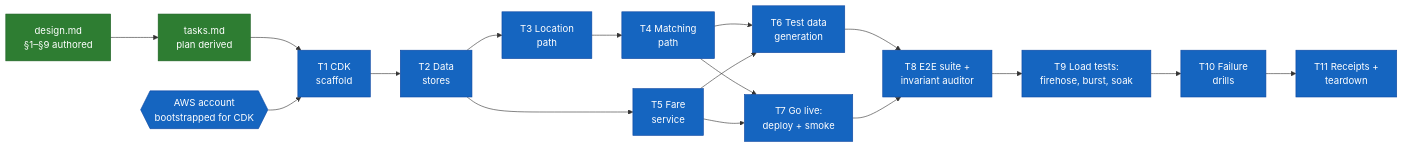
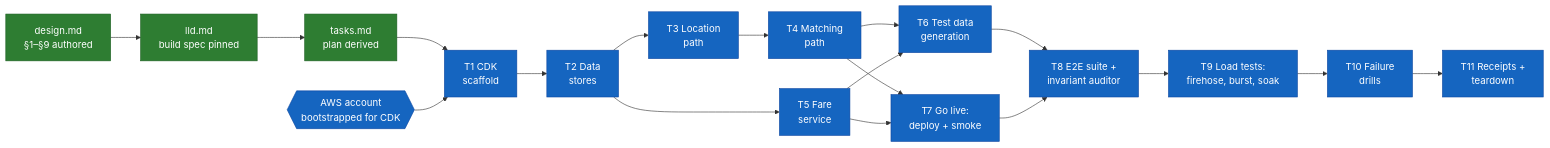
One commit to quannh0308/SystemDesignDeepDives changed the diagram in uber-like-rides/ledger.md. Above: the diagram before and after it, drawn with Mermaid. The commit also changed other lines of this file and 4 other files, not shown here.

First line of the commit message:
Add lld.md: the buildable spec bridging design.md to tasks.md

````diff
--- a/uber-like-rides/ledger.md
+++ b/uber-like-rides/ledger.md
@@ -8,37 +8,38 @@
 ```mermaid
 flowchart LR
     DESIGN[design.md<br/>§1–§9 authored]
+    LLD[lld.md<br/>build spec pinned]
     PLAN[tasks.md<br/>plan derived]
     T1[T1 CDK<br/>scaffold]
     T2[T2 Data<br/>stores]
     T3[T3 Location<br/>path]
     T4[T4 Matching<br/>path]
     T5[T5 Fare<br/>service]
     T6[T6 Test data<br/>generation]
     T7[T7 Go live:<br/>deploy + smoke]
     T8[T8 E2E suite +<br/>invariant auditor]
     T9[T9 Load tests:<br/>firehose, burst, soak]
     T10[T10 Failure<br/>drills]
     T11[T11 Receipts +<br/>teardown]
     AWS{{AWS account<br/>bootstrapped for CDK}}
 
-    DESIGN --> PLAN --> T1
+    DESIGN --> LLD --> PLAN --> T1
     AWS --> T1
     T1 --> T2
     T2 --> T3
     T2 --> T5
     T3 --> T4
     T4 --> T6
     T5 --> T6
     T4 --> T7
     T5 --> T7
     T6 --> T8
     T7 --> T8
     T8 --> T9 --> T10 --> T11
 
     classDef done fill:#2e7d32,color:#fff,stroke:#1b5e20
     classDef active fill:#ff8f00,color:#fff,stroke:#e65100
     classDef pending fill:#1565c0,color:#fff,stroke:#0d47a1
-    class DESIGN,PLAN done
+    class DESIGN,LLD,PLAN done
     class T1,T2,T3,T4,T5,T6,T7,T8,T9,T10,T11,AWS pending
 ```
````
